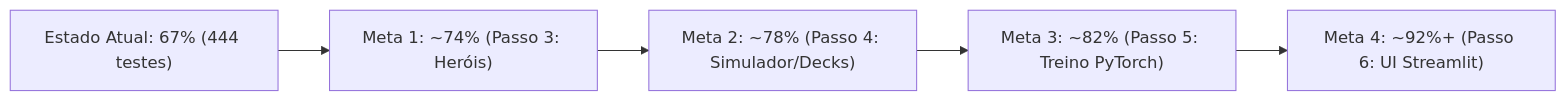
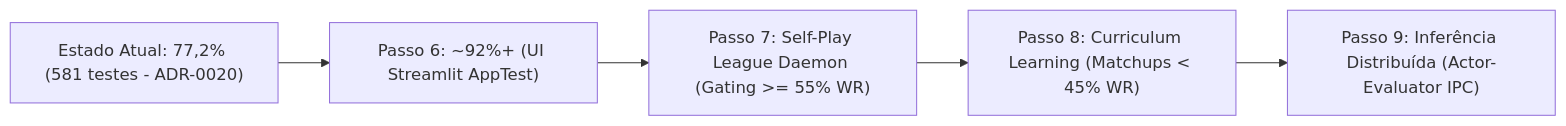
The diagram in docs/ROADMAP.md (renan-albino/fab-talishar-ia), drawn with Mermaid before and after one commit. The commit also changed other lines of this file and 33 other files, not shown here.

First line of the commit message:
feat(engine): auditoria holistica, otimizacoes de performance, isolamento e sincronizacao Sim2Real (581 testes - ADR-0020)

````diff
--- a/docs/ROADMAP.md
+++ b/docs/ROADMAP.md
@@ -125,7 +129,7 @@
 ```mermaid
 graph LR
-    A["Estado Atual: 67% (444 testes)"] --> B["Meta 1: ~74% (Passo 3: Heróis)"]
-    B --> C["Meta 2: ~78% (Passo 4: Simulador/Decks)"]
-    C --> D["Meta 3: ~82% (Passo 5: Treino PyTorch)"]
-    D --> E["Meta 4: ~92%+ (Passo 6: UI Streamlit)"]
+    A["Estado Atual: 77,2% (581 testes - ADR-0020)"] --> B["Passo 6: ~92%+ (UI Streamlit AppTest)"]
+    B --> C["Passo 7: Self-Play League Daemon (Gating >= 55% WR)"]
+    C --> D["Passo 8: Curriculum Learning (Matchups < 45% WR)"]
+    D --> E["Passo 9: Inferência Distribuída (Actor-Evaluator IPC)"]
 ```
````
